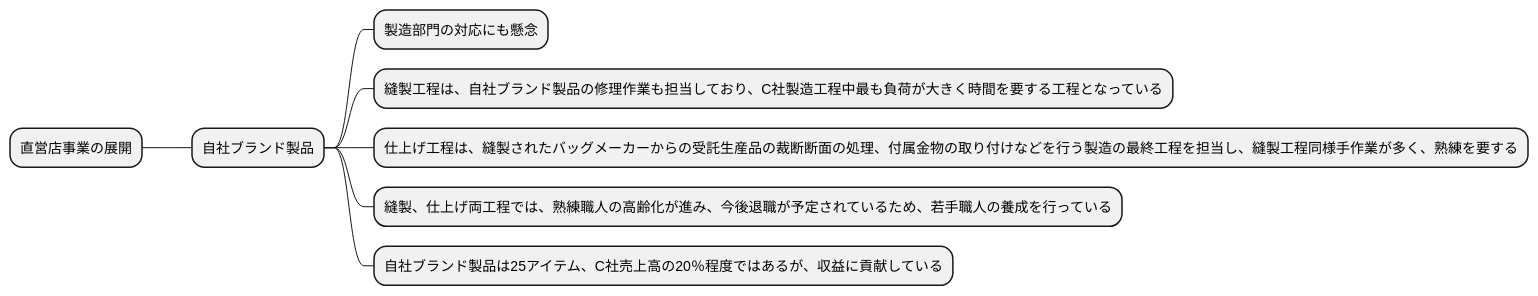
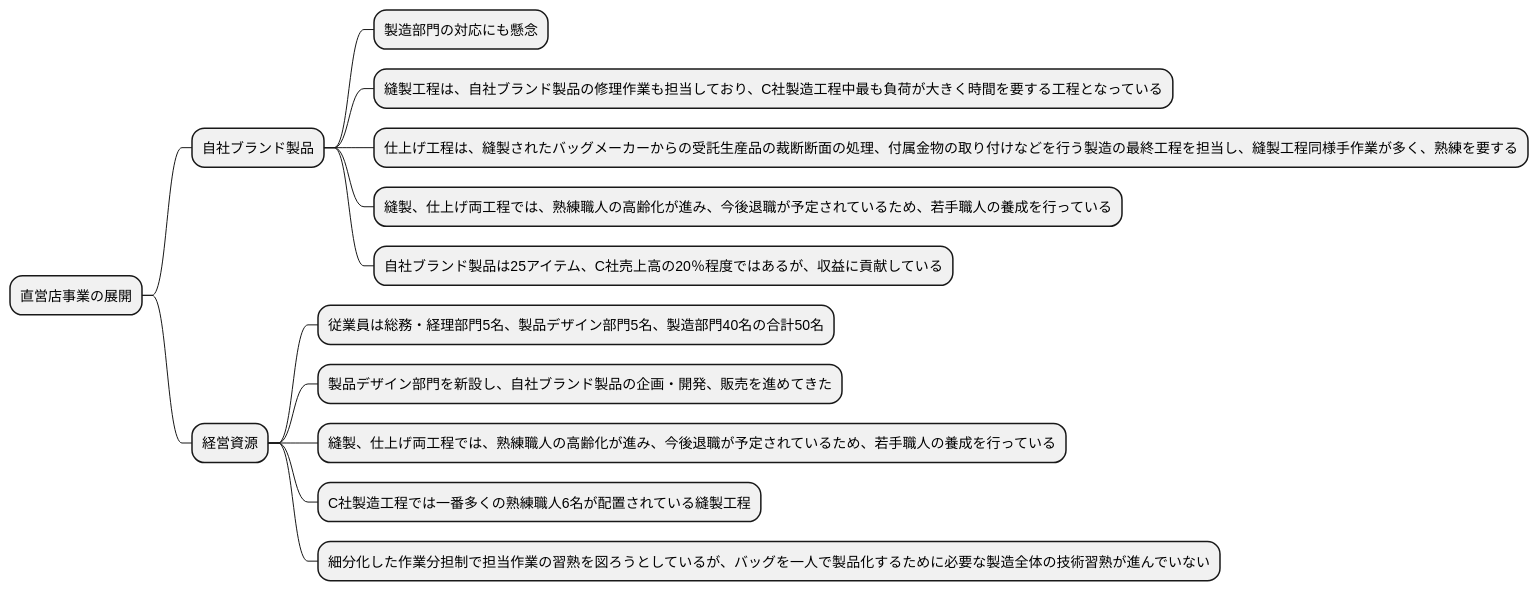
The ninth of 10 diagrams in docs/R03/study/study_3_take01.md (k2works/requirements_definition_excercise), drawn with PlantUML before and after one commit. The commit also changed other lines of this file, not shown here.

````diff
--- a/docs/R03/study/study_3_take01.md
+++ b/docs/R03/study/study_3_take01.md
@@ -304,13 +305,20 @@
 ```plantuml
 @startmindmap
 
 * 直営店事業の展開
 ** 自社ブランド製品
 *** 製造部門の対応にも懸念
 *** 縫製工程は、自社ブランド製品の修理作業も担当しており、C社製造工程中最も負荷が大きく時間を要する工程となっている
 *** 仕上げ工程は、縫製されたバッグメーカーからの受託生産品の裁断断面の処理、付属金物の取り付けなどを行う製造の最終工程を担当し、縫製工程同様手作業が多く、熟練を要する
 *** 縫製、仕上げ両工程では、熟練職人の高齢化が進み、今後退職が予定されているため、若手職人の養成を行っている
 *** 自社ブランド製品は25アイテム、C社売上高の20％程度ではあるが、収益に貢献している
+** 経営資源
+*** 従業員は総務・経理部門5名、製品デザイン部門5名、製造部門40名の合計50名
+*** 製品デザイン部門を新設し、自社ブランド製品の企画・開発、販売を進めてきた
+*** 縫製、仕上げ両工程では、熟練職人の高齢化が進み、今後退職が予定されているため、若手職人の養成を行っている
+*** C社製造工程では一番多くの熟練職人6名が配置されている縫製工程
+*** 細分化した作業分担制で担当作業の習熟を図ろうとしているが、バッグを一人で製品化するために必要な製造全体の技術習熟が進んでいない
+
 
 @endmindmap
 ```
````
